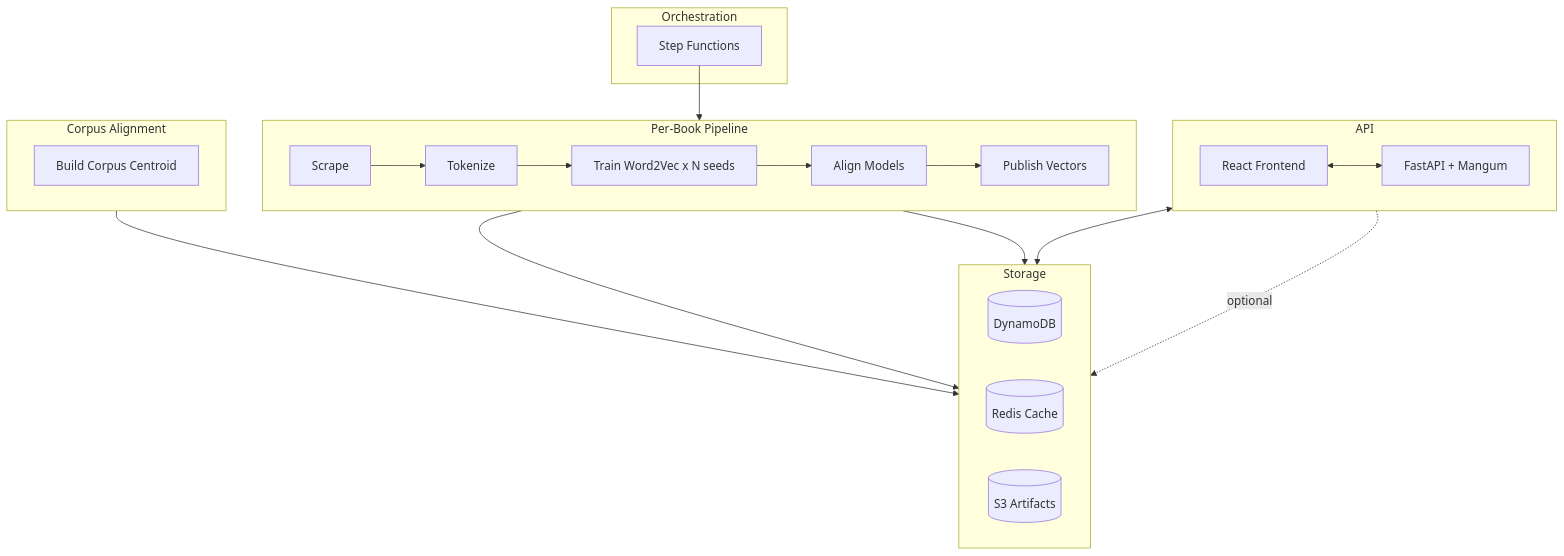
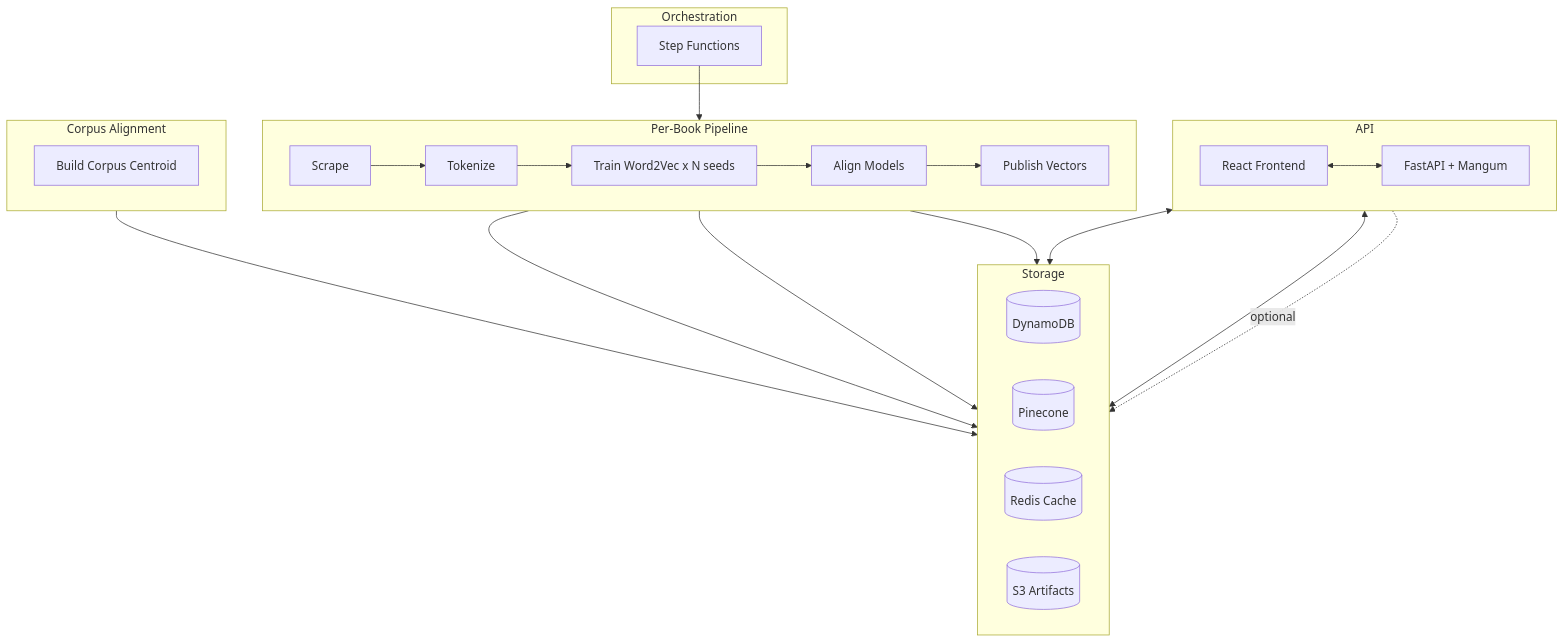
The diagram in README.md (areebms/embedding-analytics), drawn with Mermaid before and after one commit. The commit also changed other lines of this file and 12 other files, not shown here.

````diff
--- a/README.md
+++ b/README.md
@@ -59,35 +61,38 @@
 ```mermaid
 graph TD
     subgraph Orchestration
         SF[Step Functions]
     end
 
     subgraph API
         direction LR
         UI[React Frontend] <--> FAPI[FastAPI + Mangum]
     end
 
     subgraph Storage
         direction LR
         DDB[(DynamoDB)]
+        PC[(Pinecone)]
         RED[(Redis Cache)]
         S3[(S3 Artifacts)]
     end
 
     subgraph Pipeline [Per-Book Pipeline]
         direction LR
         SCR[Scrape] --> TOK[Tokenize] --> TRN["Train Word2Vec x N seeds"] --> ALN[Align Models] --> PUB[Publish Vectors]
     end
 
     subgraph Corpus [Corpus Alignment]
         direction LR
         BCC[Build Corpus Centroid]
     end
 
     SF --> Pipeline
     Pipeline --> S3
     PUB --> DDB
+    PUB --> PC
     FAPI <--> DDB
+    FAPI <--> PC
     FAPI -. optional .-> RED
     Corpus --> S3
 ```
````
